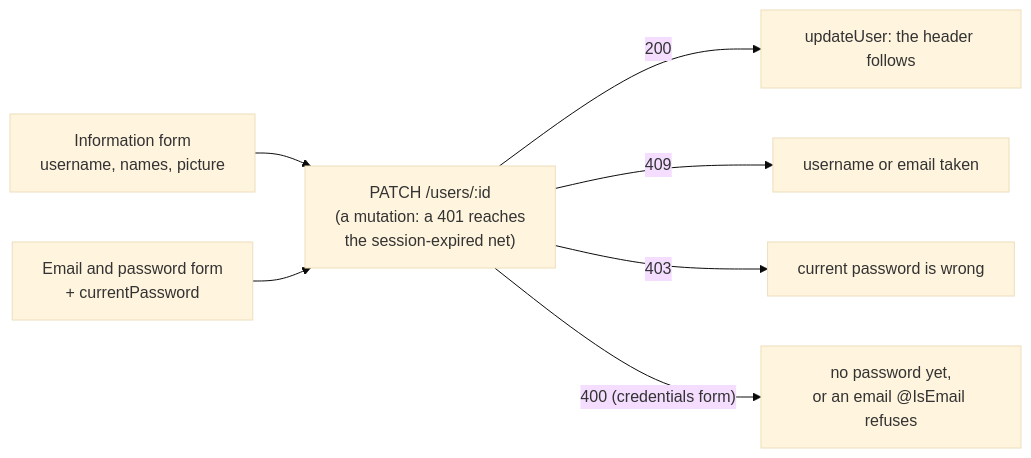
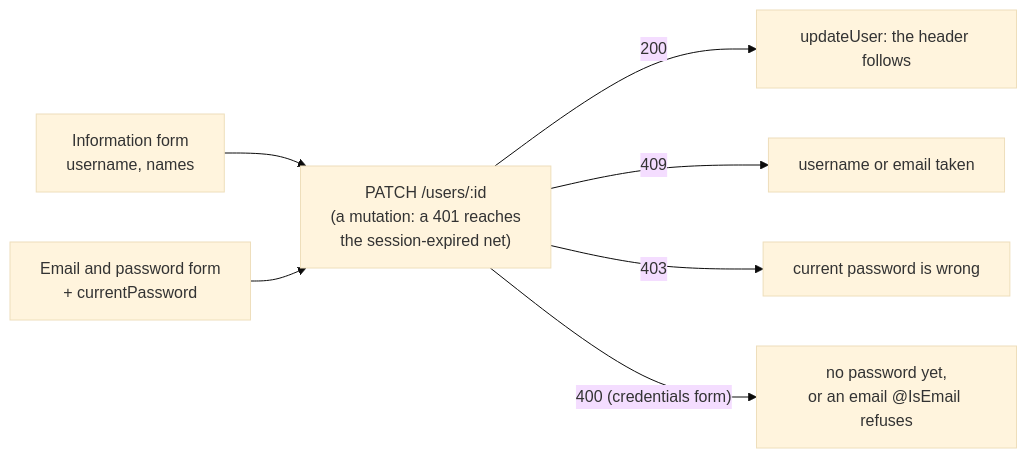
Diagram 13 of 15 in docs/diagrams/auth.md (kidp8479/42_hypertube), drawn with Mermaid (base theme) before and after one commit. The commit also changed other lines of this file and 8 other files, not shown here.

Commit message:
docs(HYP-38): ADR-0016 on hosted pictures, diagrams, defense docs

````diff
--- a/docs/diagrams/auth.md
+++ b/docs/diagrams/auth.md
@@ -363,9 +367,9 @@
 ```mermaid
 flowchart LR
-    I["Information form<br/>username, names, picture"] --> PATCH["PATCH /users/:id<br/>(a mutation: a 401 reaches<br/>the session-expired net)"]
+    I["Information form<br/>username, names"] --> PATCH["PATCH /users/:id<br/>(a mutation: a 401 reaches<br/>the session-expired net)"]
     C["Email and password form<br/>+ currentPassword"] --> PATCH
     PATCH -- "200" --> U["updateUser: the header follows"]
     PATCH -- "409" --> T["username or email taken"]
     PATCH -- "403" --> W["current password is wrong"]
     PATCH -- "400 (credentials form)" --> N["no password yet,<br/>or an email @IsEmail refuses"]
 ```
````
